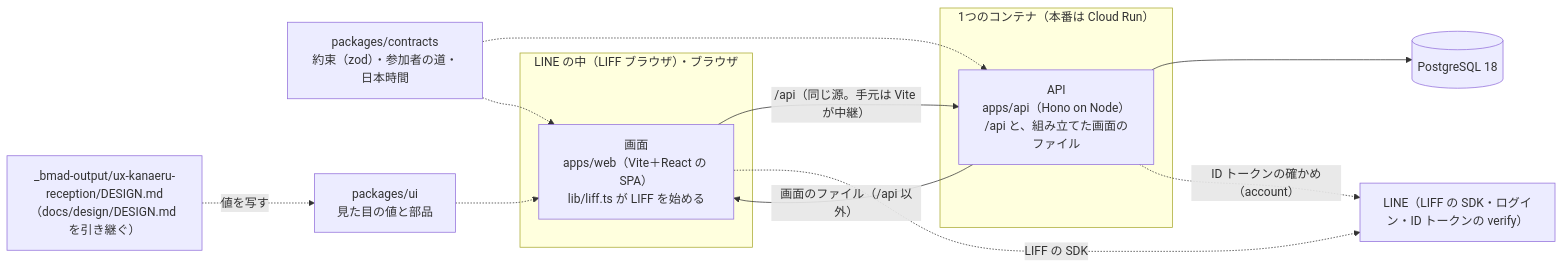
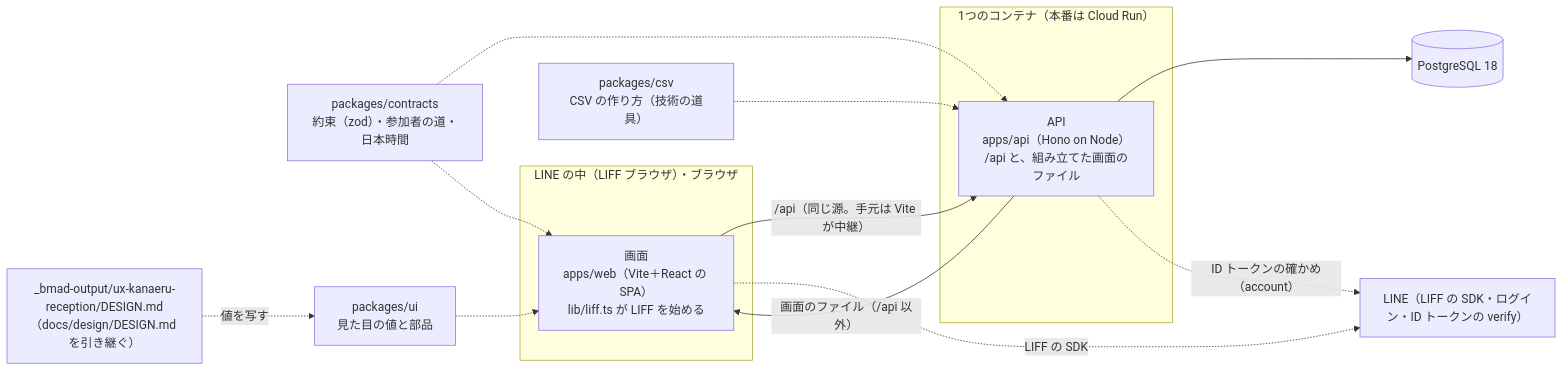
One commit to takumi-okuya-dev/kanaeru-apps changed the first of 3 diagrams in docs/architecture.md. Above: the diagram before and after it, drawn with Mermaid. The commit also changed other lines of this file and 42 other files, not shown here.

````diff
--- a/docs/architecture.md
+++ b/docs/architecture.md
@@ -9,20 +9,21 @@
 ```mermaid
 flowchart LR
   subgraph browser["LINE の中（LIFF ブラウザ）・ブラウザ"]
     web["画面<br/>apps/web（Vite＋React の SPA）<br/>lib/liff.ts が LIFF を始める"]
   end
   subgraph server["1つのコンテナ（本番は Cloud Run）"]
     api["API<br/>apps/api（Hono on Node）<br/>/api と、組み立てた画面のファイル"]
   end
   db[("PostgreSQL 18")]
   line["LINE（LIFF の SDK・ログイン・ID トークンの verify）"]
   api -- "画面のファイル（/api 以外）" --> web
   web -- "/api（同じ源。手元は Vite が中継）" --> api
   web -. "LIFF の SDK" .-> line
   api --> db
   api -. "ID トークンの確かめ（account）" .-> line
   contracts["packages/contracts<br/>約束（zod）・参加者の道・日本時間"] -.-> api
   contracts -.-> web
   ui["packages/ui<br/>見た目の値と部品"] -.-> web
+  csv["packages/csv<br/>CSV の作り方（技術の道具）"] -.-> api
   design["_bmad-output/ux-kanaeru-reception/DESIGN.md<br/>（docs/design/DESIGN.md を引き継ぐ）"] -. "値を写す" .-> ui
 ```
````
